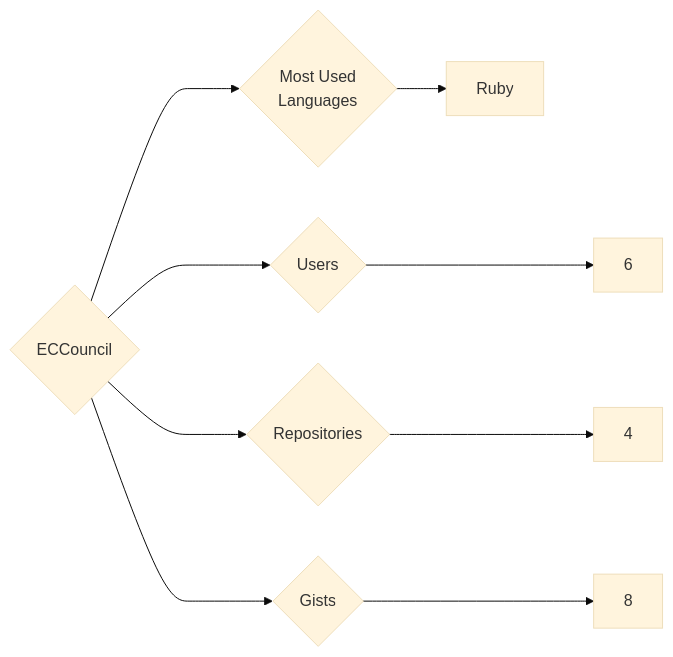
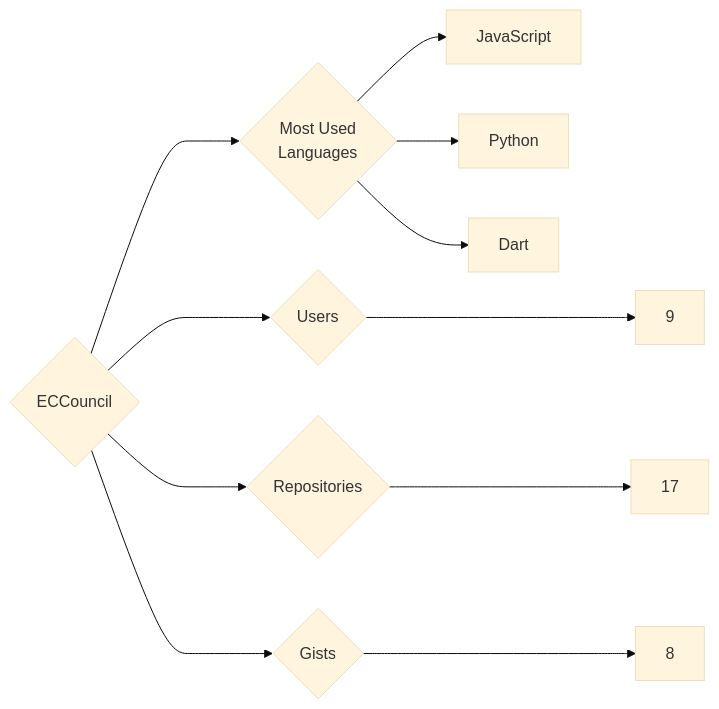
One commit to trickest/insiders changed the diagram in targets/ECCouncil/README.md. Above: the diagram before and after it, drawn with Mermaid (base theme). The commit also changed 1175 other files, not shown here.

````diff
--- a/targets/ECCouncil/README.md
+++ b/targets/ECCouncil/README.md
@@ -3,9 +3,11 @@
 ```mermaid
 graph LR
 COMPANY_NAME{ECCouncil}
-COMPANY_NAME ---> U{Users} ---> UN[6]
-COMPANY_NAME ---> R{Repositories} ---> RN[4]
+COMPANY_NAME ---> U{Users} ---> UN[9]
+COMPANY_NAME ---> R{Repositories} ---> RN[17]
 COMPANY_NAME ---> G{Gists} ---> GN[8]
 COMPANY_NAME ---> ML{Most Used<br>Languages}
-ML --> Ruby[Ruby]
+ML --> JavaScript[JavaScript]
+ML --> Python[Python]
+ML --> Dart[Dart]
 ```
````
